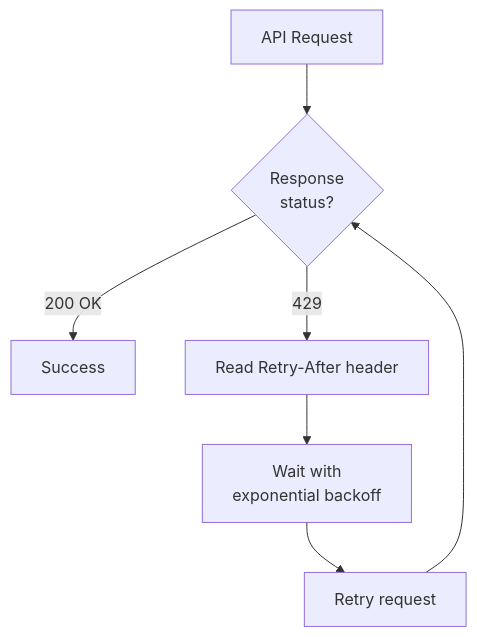
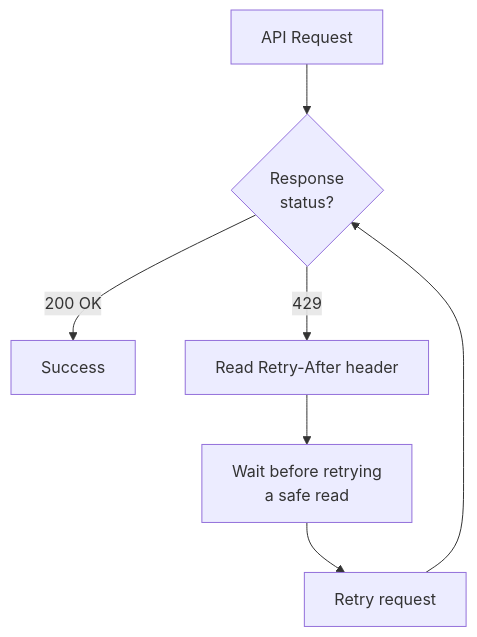
One commit to alliancewav/BeatPass-Docs changed the diagram in developers/rate-limits.mdx. Above: the diagram before and after it, drawn with Mermaid. The commit also changed other lines of this file and 580 other files, not shown here.

````diff
--- a/developers/rate-limits.mdx
+++ b/developers/rate-limits.mdx
@@ -114,9 +96,9 @@
 ```mermaid
 flowchart TD
     A[API Request] --> B{Response\nstatus?}
     B -->|200 OK| C[Success]
     B -->|429| D[Read Retry-After header]
-    D --> E[Wait with\nexponential backoff]
+    D --> E[Wait before retrying\na safe read]
     E --> F[Retry request]
     F --> B
 ```
````
